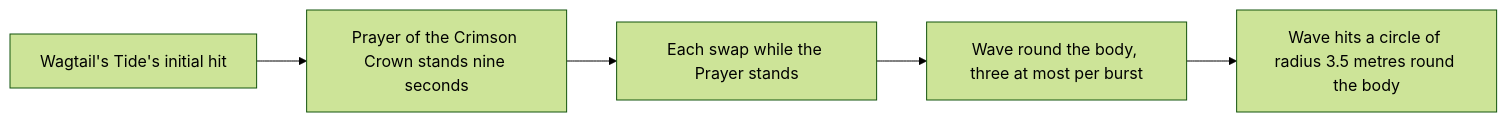
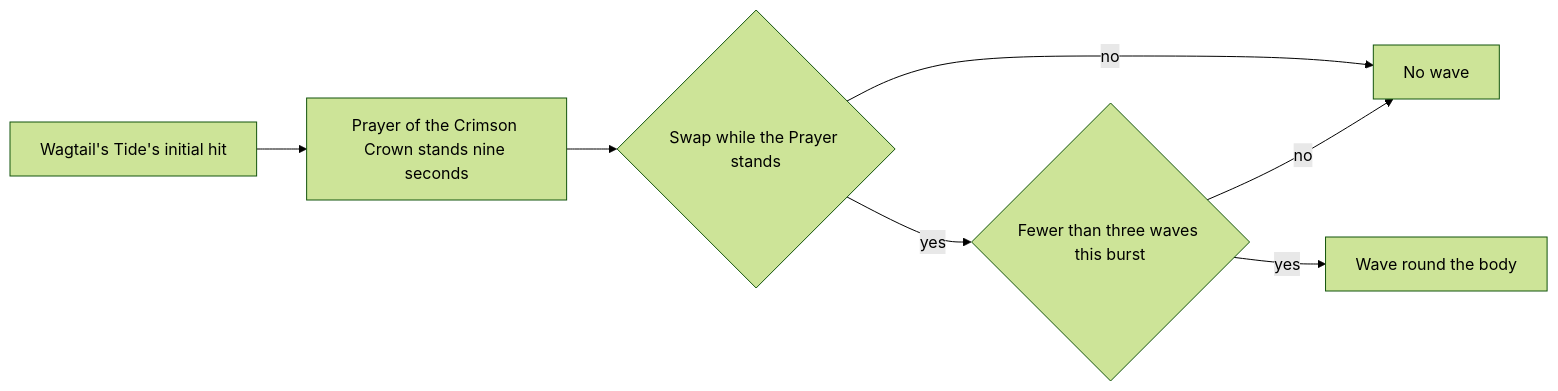
Before and after one commit to Esposter/Esposter: the diagram in openspec/specs/genshin/kits/candace/design.md, drawn with Mermaid (forest theme). The commit also changed 15 other files, not shown here.

````diff
--- a/openspec/specs/genshin/kits/candace/design.md
+++ b/openspec/specs/genshin/kits/candace/design.md
@@ -7,7 +7,9 @@
 ```mermaid
 flowchart LR
   A["Wagtail's Tide's initial hit"] --> B["Prayer of the Crimson Crown stands nine seconds"]
-  B --> C["Each swap while the Prayer stands"]
-  C --> D["Wave round the body, three at most per burst"]
-  D --> E["Wave hits a circle of radius 3.5 metres round the body"]
+  B --> C{"Swap while the Prayer stands"}
+  C -->|"no"| E["No wave"]
+  C -->|"yes"| F{"Fewer than three waves this burst"}
+  F -->|"yes"| D["Wave round the body"]
+  F -->|"no"| E
 ```
````
